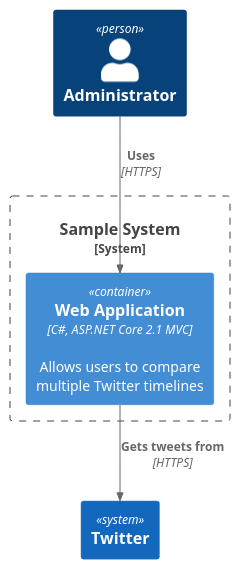
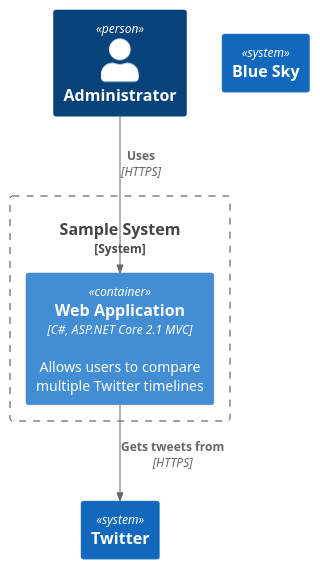
Before and after one commit to kcirtapfromspace/plantuml: the diagram in doc/design/assets/diagram.puml, drawn with PlantUML.

Commit message:
check gh action

```diff
--- a/doc/design/assets/diagram.puml
+++ b/doc/design/assets/diagram.puml
@@ -1,12 +1,13 @@
 @startuml Basic_Sample
 !include https://raw.githubusercontent.com/plantuml-stdlib/C4-PlantUML/master/C4_Container.puml
 
 Person(admin, "Administrator")
 System_Boundary(c1, "Sample System") {
     Container(web_app, "Web Application", "C#, ASP.NET Core 2.1 MVC", "Allows users to compare multiple Twitter timelines")
 }
 System(twitter, "Twitter")
+System(bluesky, "Blue Sky")
 
 Rel(admin, web_app, "Uses", "HTTPS")
 Rel(web_app, twitter, "Gets tweets from", "HTTPS")
 @enduml
```
